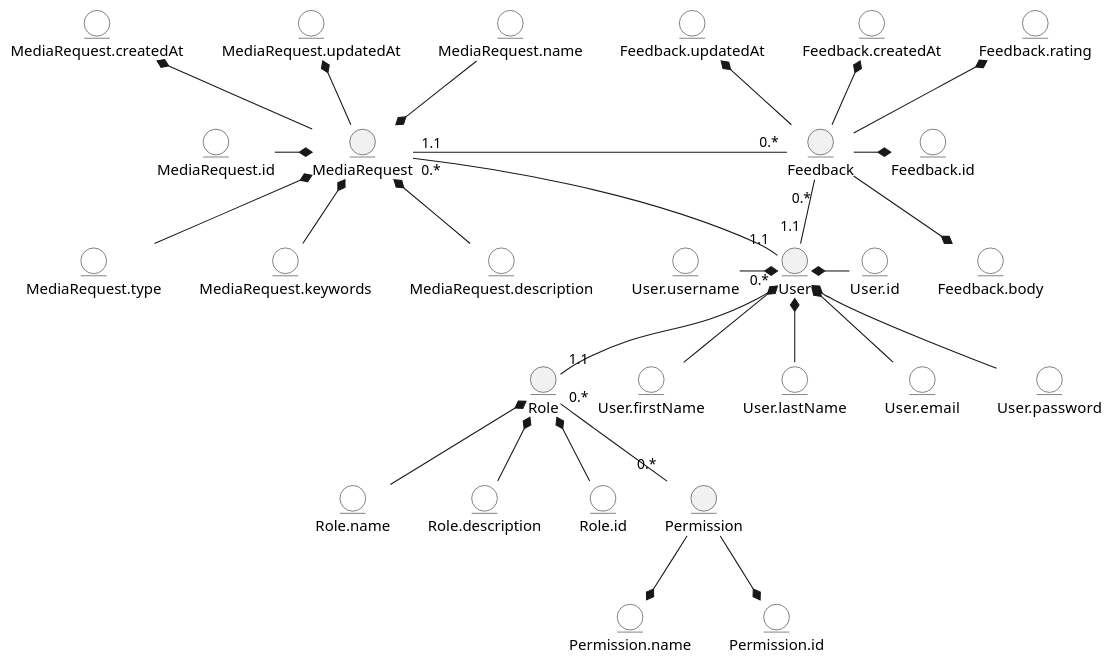
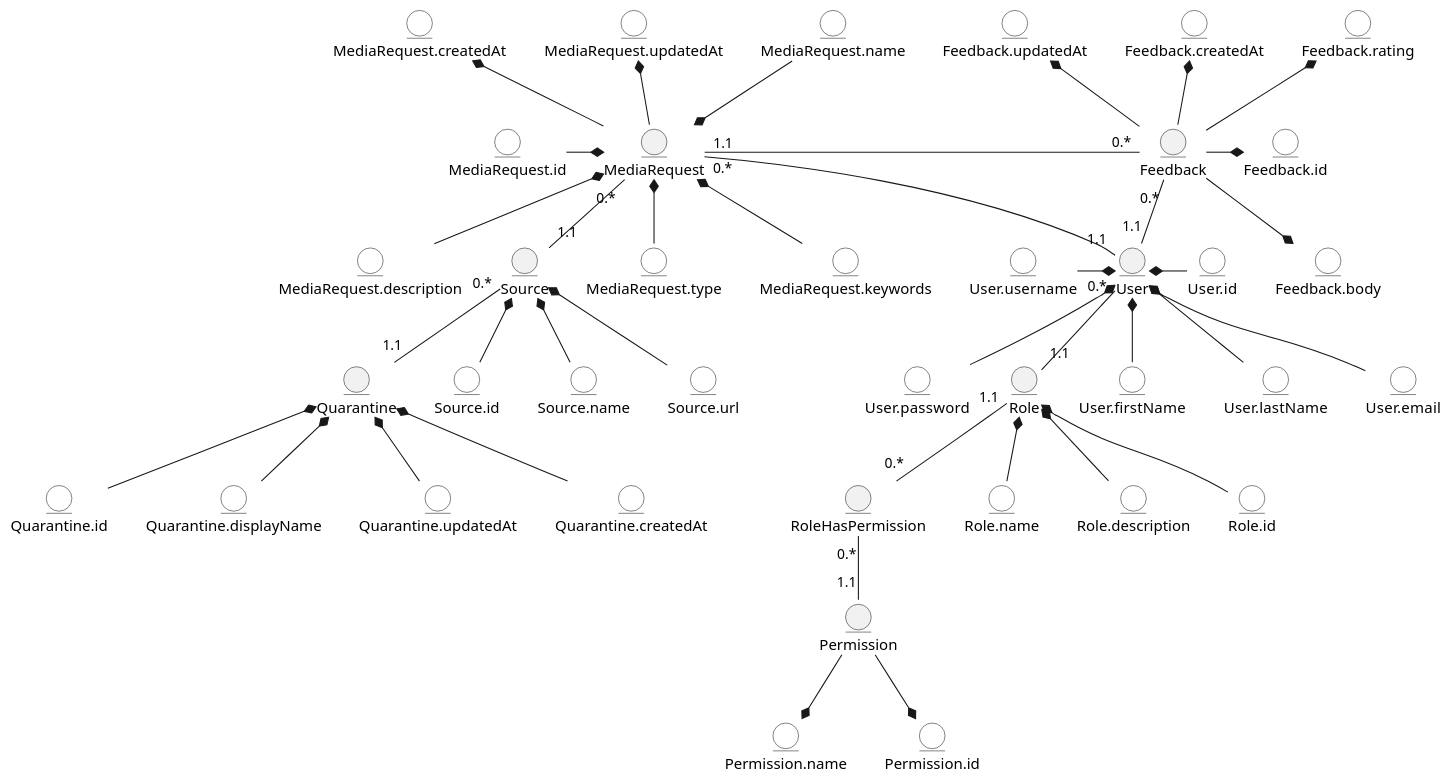
The first of 2 diagrams in docs/design/README.md (thebaldehit/db-labs), drawn with PlantUML before and after one commit. The commit also changed other lines of this file and 1 other file, not shown here.

```diff
--- a/docs/design/README.md
+++ b/docs/design/README.md
@@ -37,7 +37,10 @@
     Permission -d-* Permission.name
     Permission -d-* Permission.id
 
-    Role "0.*" -d- "0.*" Permission
+    entity RoleHasPermission
+
+    Role "1.1" -d- "0.*" RoleHasPermission
+    Permission "1.1" -u- "0.*" RoleHasPermission
 
     entity MediaRequest
     entity MediaRequest.id #FFFFFF
@@ -58,6 +61,30 @@
 
     User "1.1" -u- "0.*" MediaRequest
 
+    entity Source
+    entity Source.id #FFFFFF
+    entity Source.name #FFFFFF
+    entity Source.url #FFFFFF
+
+    Source.id -u-* Source
+    Source.name -u-* Source
+    Source.url -u-* Source
+
+    Source "1.1" -u- "0.*" MediaRequest
+
+    entity Quarantine
+    entity Quarantine.id #FFFFFF
+    entity Quarantine.displayName #FFFFFF
+    entity Quarantine.updatedAt #FFFFFF
+    entity Quarantine.createdAt #FFFFFF
+
+    Quarantine.id -u-* Quarantine
+    Quarantine.displayName -u-* Quarantine
+    Quarantine.updatedAt -u-* Quarantine
+    Quarantine.createdAt -u-* Quarantine
+
+    Quarantine "1.1" -u- "0.*" Source
+
     entity Feedback
     entity Feedback.id #FFFFFF
     entity Feedback.body #FFFFFF
```
